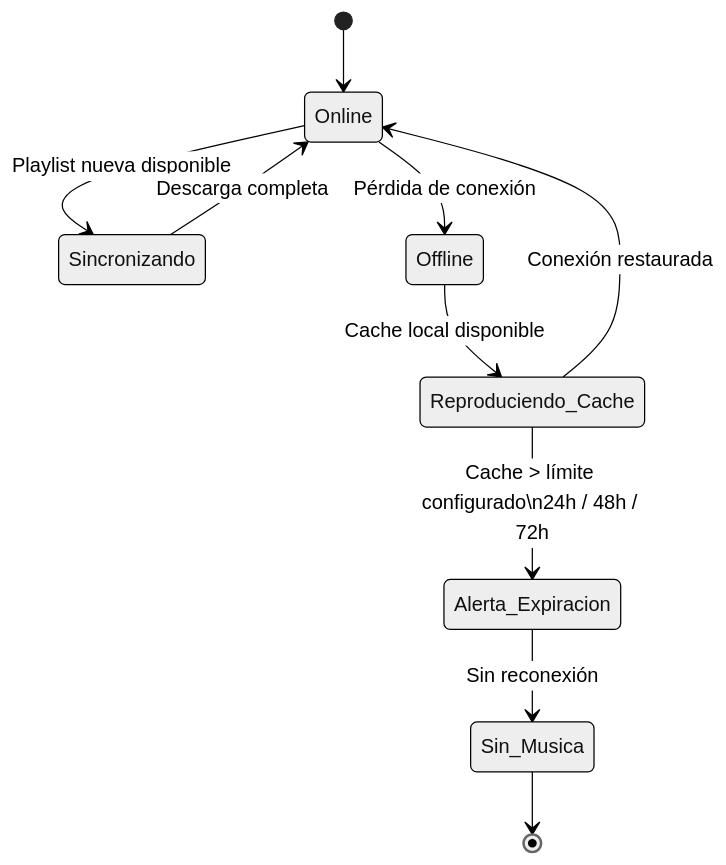
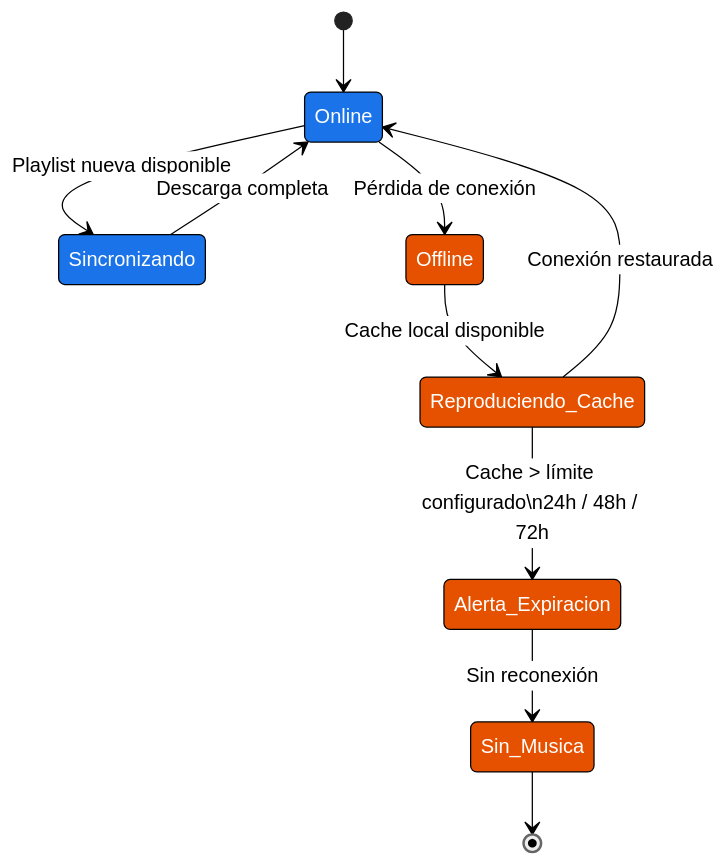
The fourth of 9 diagrams in app/MVPMusic/README.md (htm4rck/Mockups), drawn with Mermaid (neutral theme) before and after one commit. The commit also changed other lines of this file, not shown here.

````diff
--- a/app/MVPMusic/README.md
+++ b/app/MVPMusic/README.md
@@ -136,12 +146,18 @@
 ```mermaid
 stateDiagram-v2
     [*] --> Online
     Online --> Sincronizando: Playlist nueva disponible
     Sincronizando --> Online: Descarga completa
     Online --> Offline: Pérdida de conexión
     Offline --> Reproduciendo_Cache: Cache local disponible
     Reproduciendo_Cache --> Online: Conexión restaurada
     Reproduciendo_Cache --> Alerta_Expiracion: Cache > límite configurado\n24h / 48h / 72h
     Alerta_Expiracion --> Sin_Musica: Sin reconexión
     Sin_Musica --> [*]
+
+    classDef cifrado fill:#1a73e8,color:#fff
+    classDef offline fill:#e65100,color:#fff
+
+    class Online,Sincronizando cifrado
+    class Offline,Reproduciendo_Cache,Alerta_Expiracion,Sin_Musica offline
 ```
````
